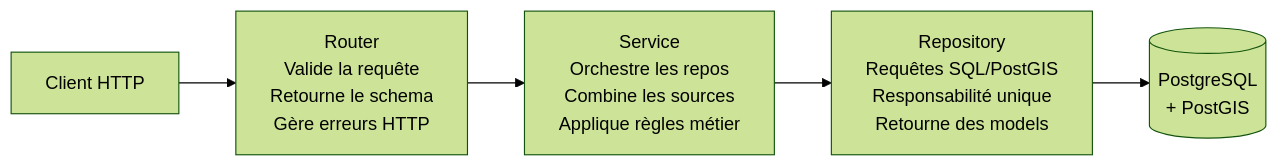
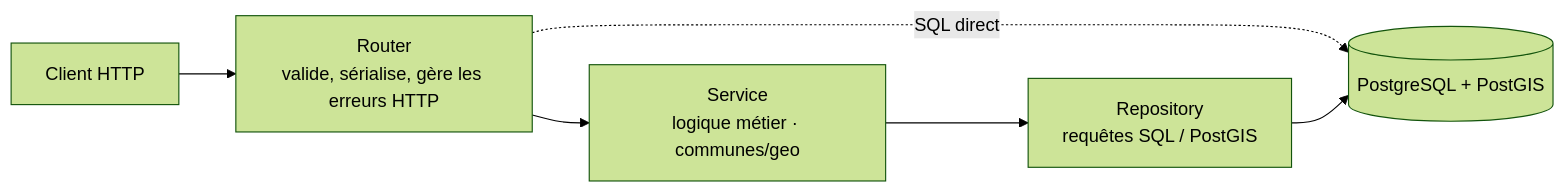
One commit to HomePedia-T-DAT-902/homepedia-api changed the second of 3 diagrams in docs/architecture.md. Above: the diagram before and after it, drawn with Mermaid (forest theme). The commit also changed other lines of this file and 12 other files, not shown here.

````diff
--- a/docs/architecture.md
+++ b/docs/architecture.md
@@ -226,7 +128,8 @@
 ```mermaid
 graph LR
-    CLIENT[Client HTTP] --> ROUTER[Router<br/>Valide la requête<br/>Retourne le schema<br/>Gère erreurs HTTP]
-    ROUTER --> SERVICE[Service<br/>Orchestre les repos<br/>Combine les sources<br/>Applique règles métier]
-    SERVICE --> REPO[Repository<br/>Requêtes SQL/PostGIS<br/>Responsabilité unique<br/>Retourne des models]
-    REPO --> DB[(PostgreSQL<br/>+ PostGIS)]
+    CLIENT[Client HTTP] --> ROUTER[Router<br/>valide, sérialise, gère les erreurs HTTP]
+    ROUTER --> SERVICE[Service<br/>logique métier · communes/geo]
+    SERVICE --> REPO[Repository<br/>requêtes SQL / PostGIS]
+    ROUTER -. SQL direct .-> DB[(PostgreSQL + PostGIS)]
+    REPO --> DB
 ```
````
